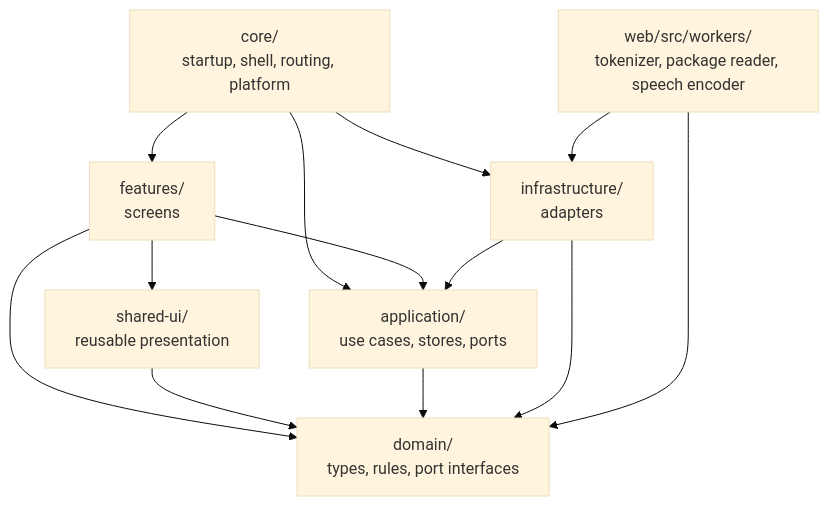
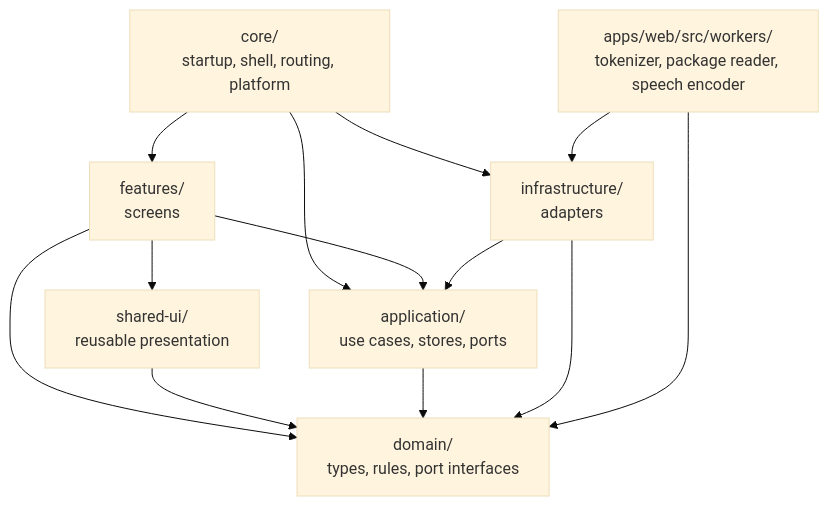
Before and after one commit to tobiaslrn/monosai: the first of 3 diagrams in docs/arc42/05-building-block-view.md, drawn with Mermaid (base theme). The commit also changed other lines of this file and 1066 other files, not shown here.

First line of the commit message:
build(repo): move the web app and android bridge under apps

````diff
--- a/docs/arc42/05-building-block-view.md
+++ b/docs/arc42/05-building-block-view.md
@@ -14,23 +14,23 @@
 ```mermaid
 flowchart TB
     core["core/<br/>startup, shell, routing, platform"]
     features["features/<br/>screens"]
     sharedui["shared-ui/<br/>reusable presentation"]
     application["application/<br/>use cases, stores, ports"]
     infrastructure["infrastructure/<br/>adapters"]
-    workers["web/src/workers/<br/>tokenizer, package reader, speech encoder"]
+    workers["apps/web/src/workers/<br/>tokenizer, package reader, speech encoder"]
     domain["domain/<br/>types, rules, port interfaces"]
 
     core --> features
     core --> application
     core --> infrastructure
     features --> application
     features --> sharedui
     features --> domain
     sharedui --> domain
     application --> domain
     infrastructure --> application
     infrastructure --> domain
     workers --> infrastructure
     workers --> domain
 ```
````
